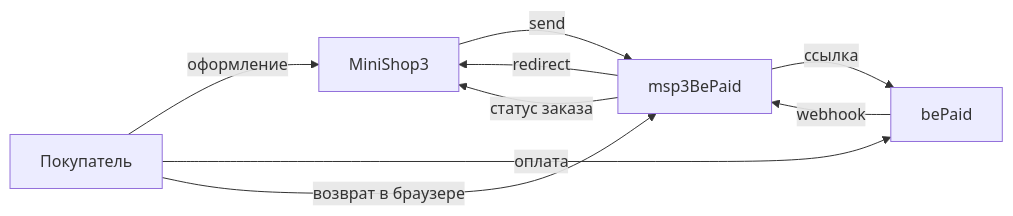
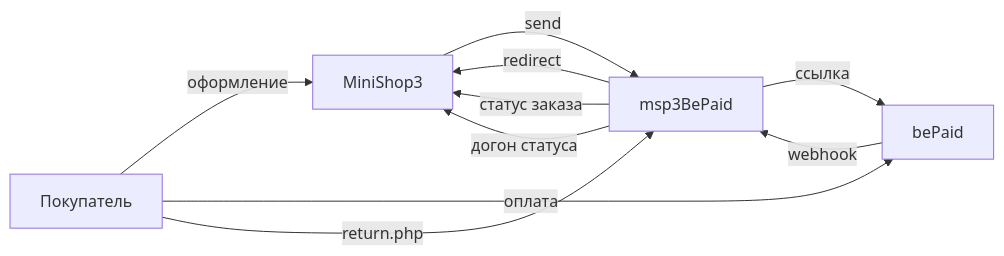
Before and after one commit to modx-pro/Docs: the diagram in docs/components/msp3bepaid/index.md, drawn with Mermaid. The commit also changed other lines of this file and 40 other files, not shown here.

````diff
--- a/docs/components/msp3bepaid/index.md
+++ b/docs/components/msp3bepaid/index.md
@@ -90,15 +100,16 @@
 ```mermaid
 flowchart LR
   Buyer[Покупатель]
   MS3[MiniShop3]
   Pkg[msp3BePaid]
   Bank[bePaid]
   Buyer -->|оформление| MS3
   MS3 -->|send| Pkg
   Pkg -->|ссылка| Bank
   Pkg -->|redirect| MS3
   Buyer -->|оплата| Bank
   Bank -->|webhook| Pkg
   Pkg -->|статус заказа| MS3
-  Buyer -->|возврат в браузере| Pkg
+  Buyer -->|return.php| Pkg
+  Pkg -->|догон статуса| MS3
 ```
````
